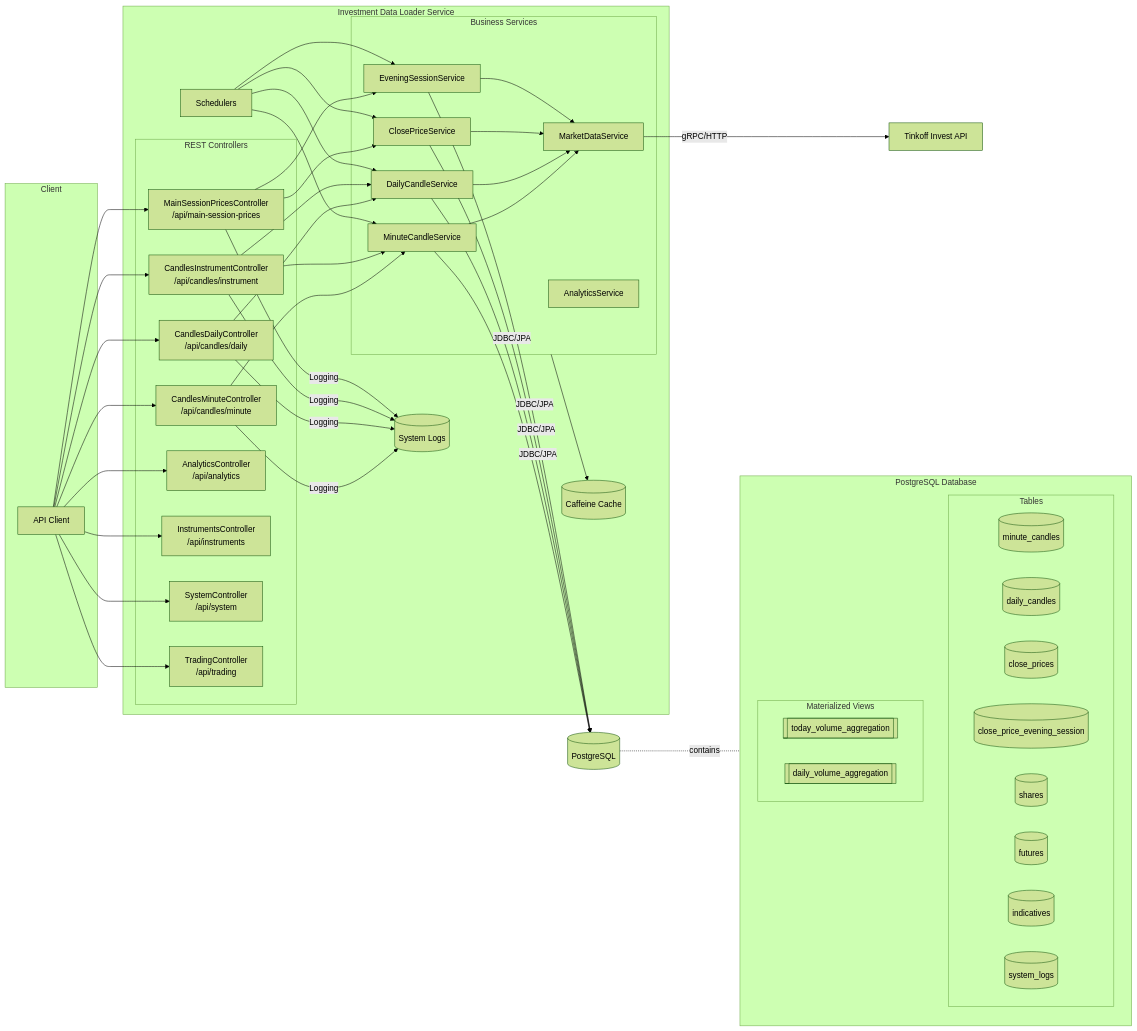
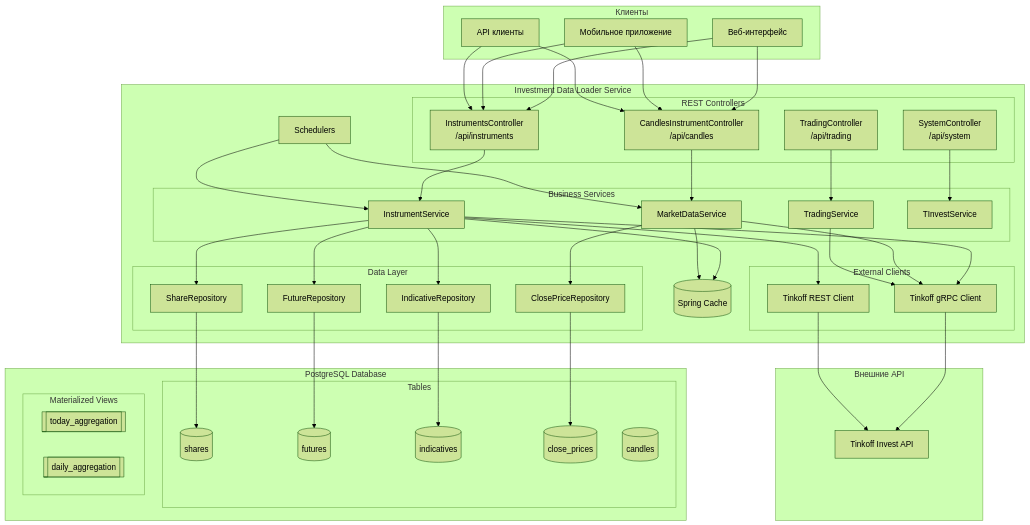
The first of 8 diagrams in docs/diagrams/architecture.md (Vasilek1993111/InvestmentDataLoaderService), drawn with Mermaid (forest theme) before and after one commit. The commit also changed other lines of this file and 15 other files, not shown here.

````diff
--- a/docs/diagrams/architecture.md
+++ b/docs/diagrams/architecture.md
@@ -3,90 +5,102 @@
 ```mermaid
-flowchart LR
-  subgraph Client
-    Postman[API Client]
+flowchart TB
+  subgraph Client[Клиенты]
+    Web[Веб-интерфейс]
+    Mobile[Мобильное приложение]
+    API_Client[API клиенты]
   end
 
   subgraph Service[Investment Data Loader Service]
     subgraph Controllers[REST Controllers]
-      MSPC[MainSessionPricesController<br/>/api/main-session-prices]
-      CM[CandlesMinuteController<br/>/api/candles/minute]
-      CD[CandlesDailyController<br/>/api/candles/daily]
-      CI[CandlesInstrumentController<br/>/api/candles/instrument]
-      AC[AnalyticsController<br/>/api/analytics]
       IC[InstrumentsController<br/>/api/instruments]
+      CC[CandlesInstrumentController<br/>/api/candles]
       SC[SystemController<br/>/api/system]
       TC[TradingController<br/>/api/trading]
     end
     
     subgraph Services[Business Services]
-      MCS[MinuteCandleService]
-      DCS[DailyCandleService]
+      IS[InstrumentService]
       MDS[MarketDataService]
-      CPS[ClosePriceService]
-      ESS[EveningSessionService]
-      AS[AnalyticsService]
+      TS[TradingService]
+      TIS[TInvestService]
     end
     
+    subgraph Repositories[Data Layer]
+      SR[ShareRepository]
+      FR[FutureRepository]
+      IR[IndicativeRepository]
+      CPR[ClosePriceRepository]
+    end
+    
+    subgraph External[External Clients]
+      GRPC[Tinkoff gRPC Client]
+      REST[Tinkoff REST Client]
+    end
+    
+    Cache[(Spring Cache)]
     Scheduler[Schedulers]
-    Cache[(Caffeine Cache)]
-    Logs[(System Logs)]
   end
 
-  Postman --> MSPC
-  Postman --> CM
-  Postman --> CD
-  Postman --> CI
-  Postman --> AC
-  Postman --> IC
-  Postman --> SC
-  Postman --> TC
-  
-  MSPC --> CPS
-  MSPC --> ESS
-  CM --> MCS
-  CD --> DCS
-  CI --> MCS
-  CI --> DCS
-  MCS --> MDS
-  DCS --> MDS
-  CPS --> MDS
-  ESS --> MDS
-  
-  Scheduler --> MCS
-  Scheduler --> DCS
-  Scheduler --> CPS
-  Scheduler --> ESS
-  
-  MCS -->|JDBC/JPA| DB[(PostgreSQL)]
-  DCS -->|JDBC/JPA| DB
-  CPS -->|JDBC/JPA| DB
-  ESS -->|JDBC/JPA| DB
-  MDS -->|gRPC/HTTP| Tinkoff[Tinkoff Invest API]
-  
-  CM -->|Logging| Logs
-  CD -->|Logging| Logs
-  CI -->|Logging| Logs
-  MSPC -->|Logging| Logs
-  
-  Services --> Cache
-
-  subgraph DBDetails[PostgreSQL Database]
+  subgraph Database[PostgreSQL Database]
     subgraph Tables[Tables]
-      MC[(minute_candles)]
-      DC[(daily_candles)]
-      CP[(close_prices)]
-      CPES[(close_price_evening_session)]
-      S[(shares)]
-      F[(futures)]
-      I[(indicatives)]
-      SL[(system_logs)]
+      S_TBL[(shares)]
+      F_TBL[(futures)]
+      I_TBL[(indicatives)]
+      CP_TBL[(close_prices)]
+      C_TBL[(candles)]
     end
     
     subgraph Views[Materialized Views]
-      MvToday[[today_volume_aggregation]]
-      MvDaily[[daily_volume_aggregation]]
+      MV_TODAY[[today_aggregation]]
+      MV_DAILY[[daily_aggregation]]
     end
   end
 
-  DB -. contains .- DBDetails
+  subgraph External_APIs[Внешние API]
+    TINKOFF[Tinkoff Invest API]
+  end
+
+  %% Client connections
+  Web --> IC
+  Mobile --> IC
+  API_Client --> IC
+  Web --> CC
+  Mobile --> CC
+  API_Client --> CC
+
+  %% Controller to Service
+  IC --> IS
+  CC --> MDS
+  SC --> TIS
+  TC --> TS
+
+  %% Service to Repository
+  IS --> SR
+  IS --> FR
+  IS --> IR
+  MDS --> CPR
+
+  %% Service to External
+  IS --> GRPC
+  IS --> REST
+  MDS --> GRPC
+  TS --> GRPC
+
+  %% Repository to Database
+  SR --> S_TBL
+  FR --> F_TBL
+  IR --> I_TBL
+  CPR --> CP_TBL
+
+  %% External to APIs
+  GRPC --> TINKOFF
+  REST --> TINKOFF
+
+  %% Caching
+  IS --> Cache
+  MDS --> Cache
+
+  %% Scheduling
+  Scheduler --> IS
+  Scheduler --> MDS
 ```
````
